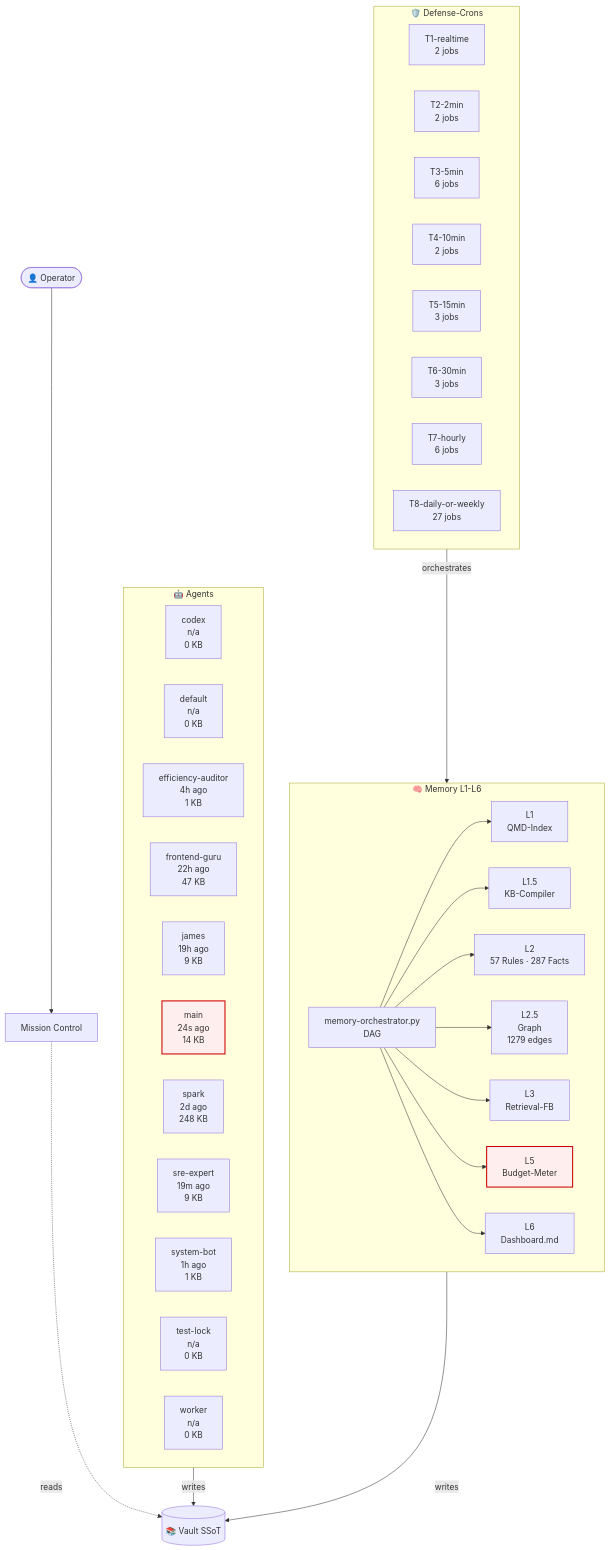
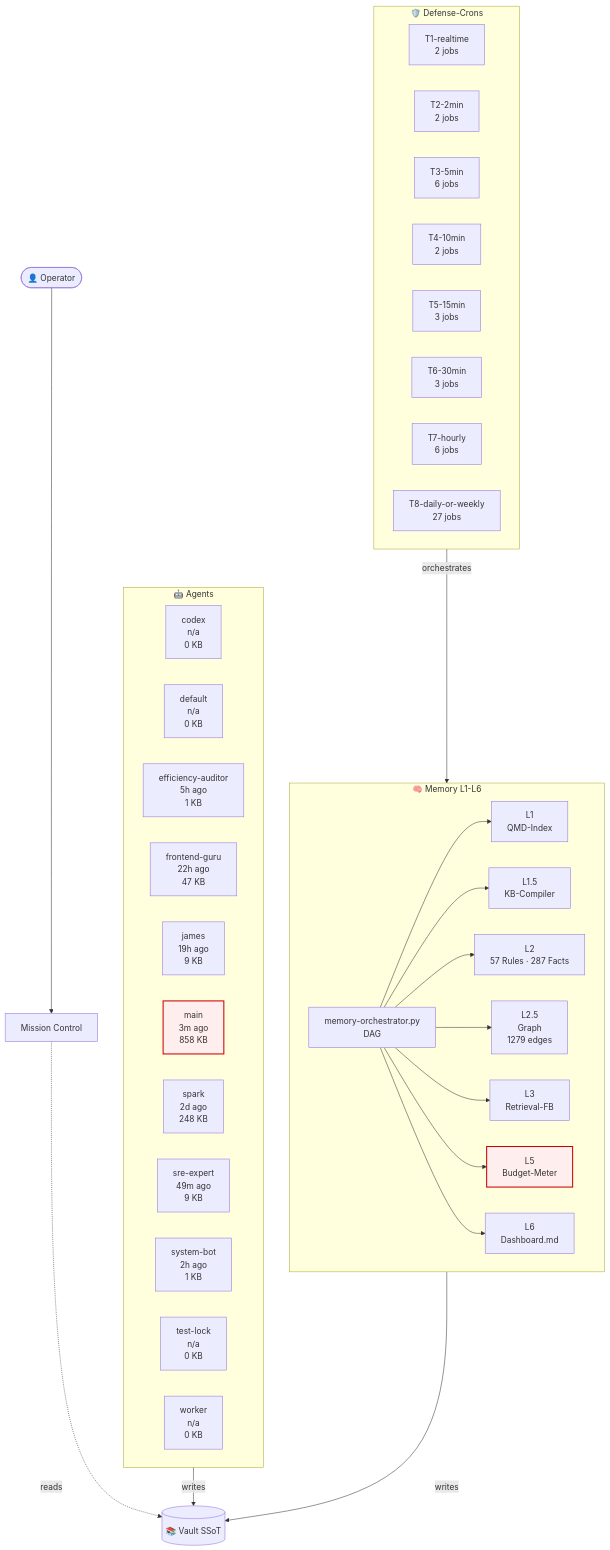
One commit to lenardhuebner88-rgb/openclaw-memory changed the diagram in 03-Agents/architecture-live.md. Above: the diagram before and after it, drawn with Mermaid. The commit also changed other lines of this file and 20 other files, not shown here.

````diff
--- a/03-Agents/architecture-live.md
+++ b/03-Agents/architecture-live.md
@@ -18,54 +18,54 @@
 ```mermaid
 flowchart TB
     classDef critical fill:#fee,stroke:#c00,stroke-width:2px;
     subgraph AGT["🤖 Agents"]
         agent_codex["codex<br/>n/a<br/>0 KB"]
         agent_default["default<br/>n/a<br/>0 KB"]
-        agent_efficiency_auditor["efficiency-auditor<br/>4h ago<br/>1 KB"]
+        agent_efficiency_auditor["efficiency-auditor<br/>5h ago<br/>1 KB"]
         agent_frontend_guru["frontend-guru<br/>22h ago<br/>47 KB"]
         agent_james["james<br/>19h ago<br/>9 KB"]
-        agent_main["main<br/>24s ago<br/>14 KB"]
+        agent_main["main<br/>3m ago<br/>858 KB"]
         agent_spark["spark<br/>2d ago<br/>248 KB"]
-        agent_sre_expert["sre-expert<br/>19m ago<br/>9 KB"]
-        agent_system_bot["system-bot<br/>1h ago<br/>1 KB"]
+        agent_sre_expert["sre-expert<br/>49m ago<br/>9 KB"]
+        agent_system_bot["system-bot<br/>2h ago<br/>1 KB"]
         agent_test_lock["test-lock<br/>n/a<br/>0 KB"]
         agent_worker["worker<br/>n/a<br/>0 KB"]
     end
     subgraph MEM["🧠 Memory L1-L6"]
         L1["L1<br/>QMD-Index"]
         L15["L1.5<br/>KB-Compiler"]
         L2["L2<br/>57 Rules · 287 Facts"]
         L25["L2.5<br/>Graph<br/>1279 edges"]
         L3["L3<br/>Retrieval-FB"]
         L5["L5<br/>Budget-Meter"]
         L6["L6<br/>Dashboard.md"]
         ORCH["memory-orchestrator.py<br/>DAG"]
     end
     subgraph CRN["🛡️ Defense-Crons"]
         tier_T1_realtime["T1-realtime<br/>2 jobs"]
         tier_T2_2min["T2-2min<br/>2 jobs"]
         tier_T3_5min["T3-5min<br/>6 jobs"]
         tier_T4_10min["T4-10min<br/>2 jobs"]
         tier_T5_15min["T5-15min<br/>3 jobs"]
         tier_T6_30min["T6-30min<br/>3 jobs"]
         tier_T7_hourly["T7-hourly<br/>6 jobs"]
         tier_T8_daily_or_weekly["T8-daily-or-weekly<br/>27 jobs"]
     end
     VAULT[("📚 Vault SSoT")]
     OP([👤 Operator])
     MC["Mission Control"]
     OP --> MC
     MC -.reads.-> VAULT
     AGT -->|writes| VAULT
     MEM -->|writes| VAULT
     ORCH --> L1
     ORCH --> L15
     ORCH --> L2
     ORCH --> L25
     ORCH --> L3
     ORCH --> L5
     ORCH --> L6
     CRN -->|orchestrates| MEM
     class L5 critical
     class agent_main critical
 ```
````
